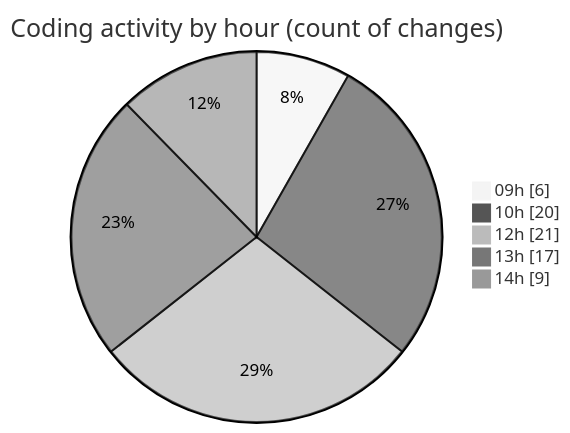
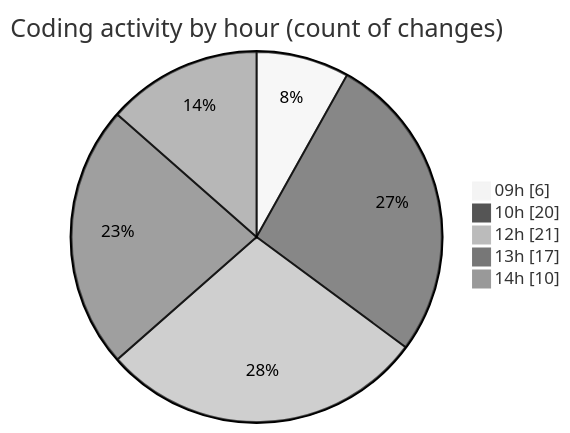
Before and after one commit to becaeroporto-bot/code-tracking: the second of 2 diagrams in 2026-02-18/bot_v1_2/README.md, drawn with Mermaid (neutral theme). The commit also changed other lines of this file and 1 other file, not shown here.

````diff
--- a/2026-02-18/bot_v1_2/README.md
+++ b/2026-02-18/bot_v1_2/README.md
@@ -55,9 +55,9 @@
 ```mermaid
 pie showData
 title Coding activity by hour (count of changes)
 "09h" : 6
 "10h" : 20
 "12h" : 21
 "13h" : 17
-"14h" : 9
+"14h" : 10
 ```
````
